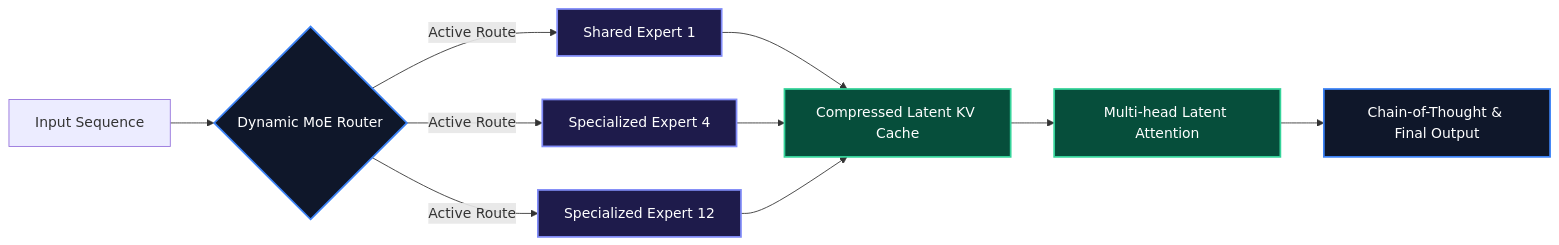
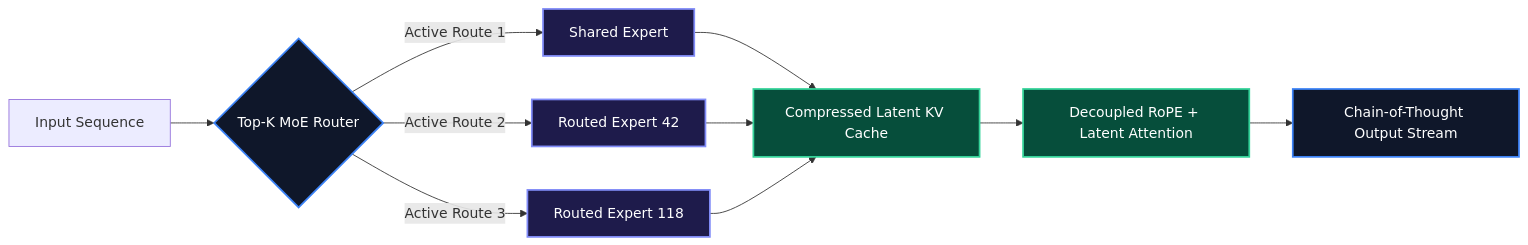
Before and after one commit to Ovanthra-Inc/sidhya-blog: the diagram in content/posts/ai-tools-and-infra/deepseek-r1-grpo.mdx, drawn with Mermaid. The commit also changed other lines of this file and 42 other files, not shown here.

````diff
--- a/content/posts/ai-tools-and-infra/deepseek-r1-grpo.mdx
+++ b/content/posts/ai-tools-and-infra/deepseek-r1-grpo.mdx
@@ -34,18 +38,18 @@
 ```mermaid
 graph LR
     classDef inputStyle fill:#0f172a,stroke:#3b82f6,stroke-width:2px,color:#fff;
     classDef moeStyle fill:#1e1b4b,stroke:#818cf8,stroke-width:2px,color:#fff;
     classDef mlaStyle fill:#064e3b,stroke:#34d399,stroke-width:2px,color:#fff;
 
-    Tokens[Input Sequence] --> Router{Dynamic MoE Router}:::inputStyle
-    Router -- Active Route --> Exp1[Shared Expert 1]:::moeStyle
-    Router -- Active Route --> Exp2[Specialized Expert 4]:::moeStyle
-    Router -- Active Route --> Exp3[Specialized Expert 12]:::moeStyle
+    Tokens[Input Sequence] --> Router{Top-K MoE Router}:::inputStyle
+    Router -->|Active Route 1| Exp1[Shared Expert]:::moeStyle
+    Router -->|Active Route 2| Exp2[Routed Expert 42]:::moeStyle
+    Router -->|Active Route 3| Exp3[Routed Expert 118]:::moeStyle
     
     Exp1 --> LatentKV[Compressed Latent KV Cache]:::mlaStyle
     Exp2 --> LatentKV
     Exp3 --> LatentKV
     
-    LatentKV --> MLA[Multi-head Latent Attention]:::mlaStyle
-    MLA --> ReasoningCoT[Chain-of-Thought & Final Output]:::inputStyle
+    LatentKV --> MLA[Decoupled RoPE + Latent Attention]:::mlaStyle
+    MLA --> ReasoningCoT[Chain-of-Thought Output Stream]:::inputStyle
 ```
````
